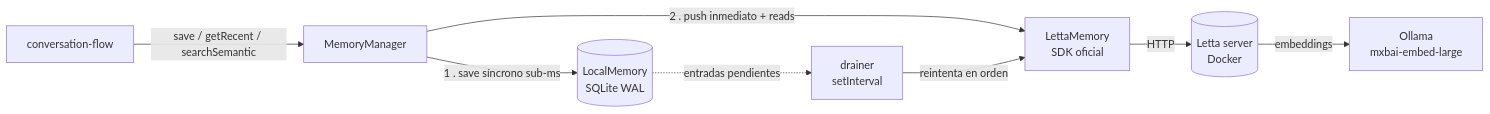
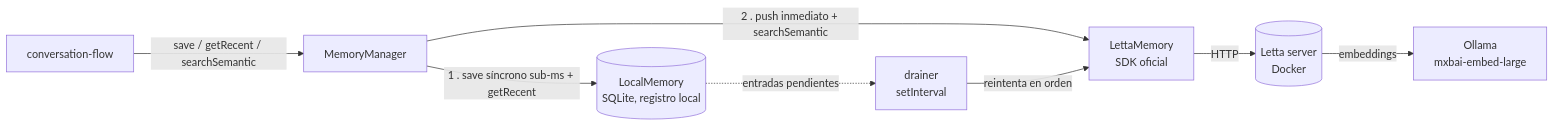
One commit to Pipelol0723/proyecto-shiro changed the eighth of 10 diagrams in docs/architecture.md. Above: the diagram before and after it, drawn with Mermaid. The commit also changed 8 other files, not shown here.

````diff
--- a/docs/architecture.md
+++ b/docs/architecture.md
@@ -527,10 +527,10 @@
 ```mermaid
 graph LR
     Pipe[conversation-flow] -->|save / getRecent / searchSemantic| MM[MemoryManager]
-    MM -->|1 . save síncrono sub-ms| WAL[(LocalMemory<br/>SQLite WAL)]
-    MM -->|2 . push inmediato + reads| Letta[LettaMemory<br/>SDK oficial]
+    MM -->|1 . save síncrono sub-ms + getRecent| WAL[(LocalMemory<br/>SQLite, registro local)]
+    MM -->|2 . push inmediato + searchSemantic| Letta[LettaMemory<br/>SDK oficial]
     Letta -->|HTTP| Server[(Letta server<br/>Docker)]
     Server -->|embeddings| Ollama[Ollama<br/>mxbai-embed-large]
     WAL -.entradas pendientes.-> Drainer[drainer<br/>setInterval]
     Drainer -->|reintenta en orden| Letta
 ```
````
